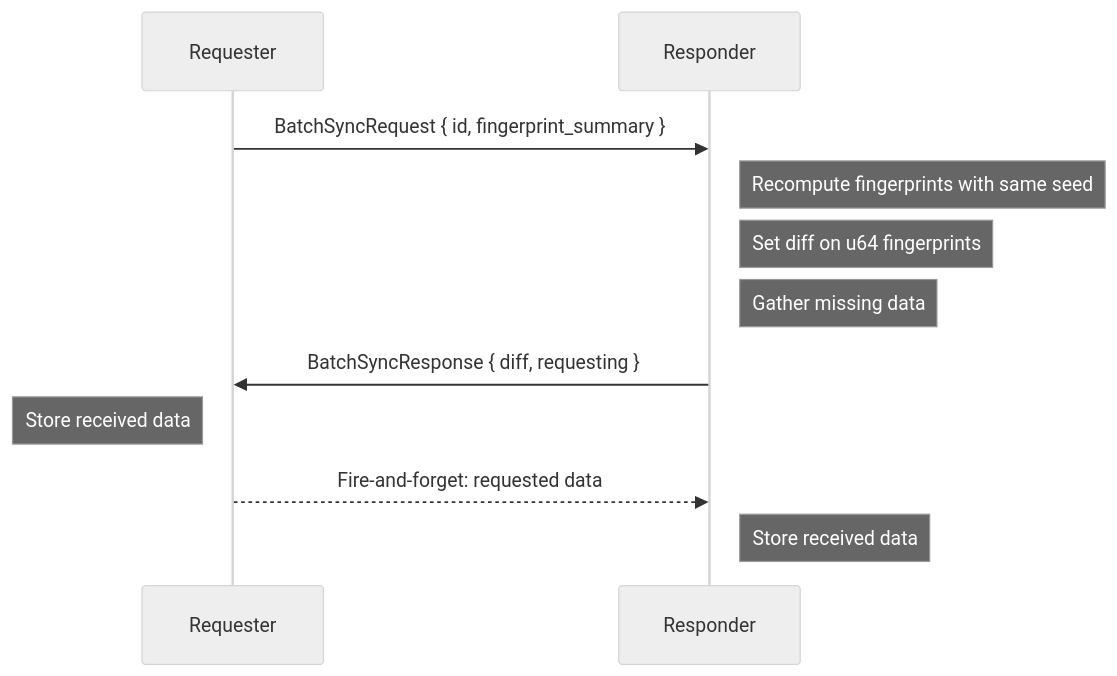
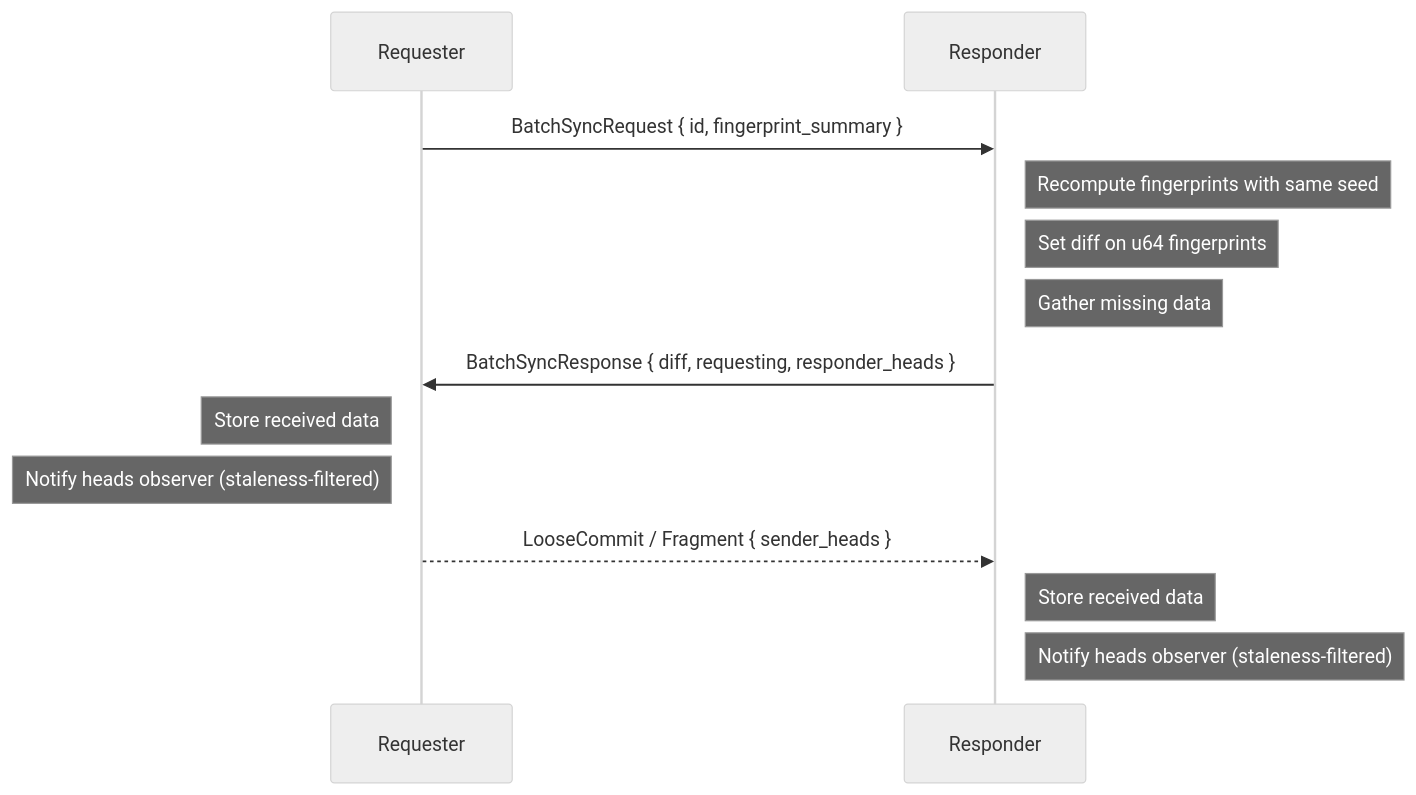
The first of 3 diagrams in design/sync/batch.md (inkandswitch/subduction), drawn with Mermaid (neutral theme) before and after one commit. The commit also changed other lines of this file and 34 other files, not shown here.

````diff
--- a/design/sync/batch.md
+++ b/design/sync/batch.md
@@ -16,16 +16,18 @@
 ```mermaid
 sequenceDiagram
     participant A as Requester
     participant B as Responder
 
     A->>B: BatchSyncRequest { id, fingerprint_summary }
     Note right of B: Recompute fingerprints with same seed
     Note right of B: Set diff on u64 fingerprints
     Note right of B: Gather missing data
 
-    B->>A: BatchSyncResponse { diff, requesting }
+    B->>A: BatchSyncResponse { diff, requesting, responder_heads }
     Note left of A: Store received data
+    Note left of A: Notify heads observer (staleness-filtered)
 
-    A-->>B: Fire-and-forget: requested data
+    A-->>B: LooseCommit / Fragment { sender_heads }
     Note right of B: Store received data
+    Note right of B: Notify heads observer (staleness-filtered)
 ```
````
